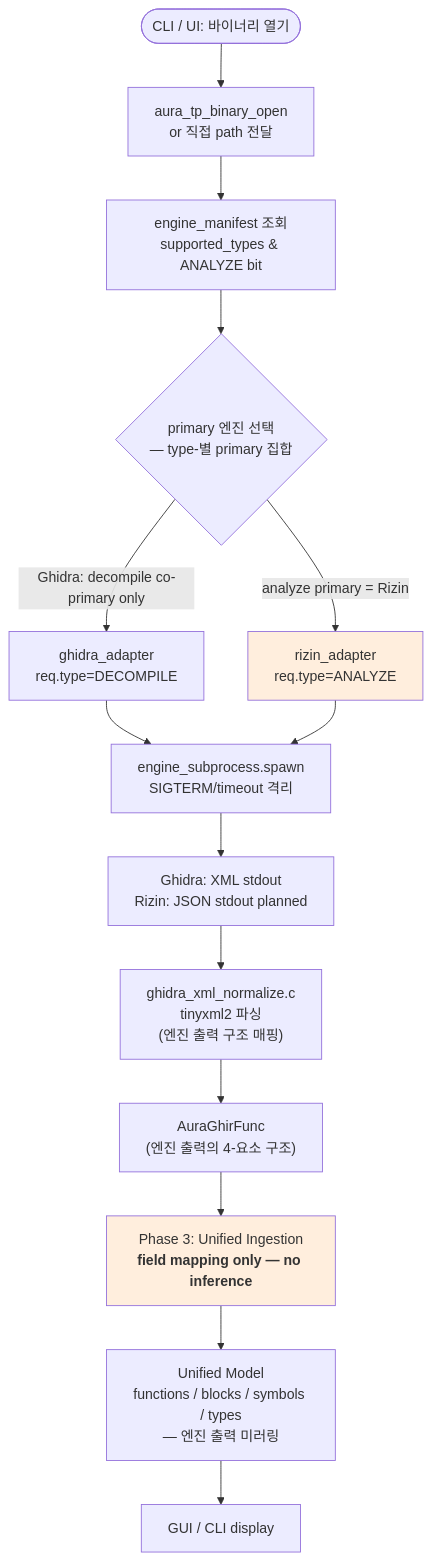
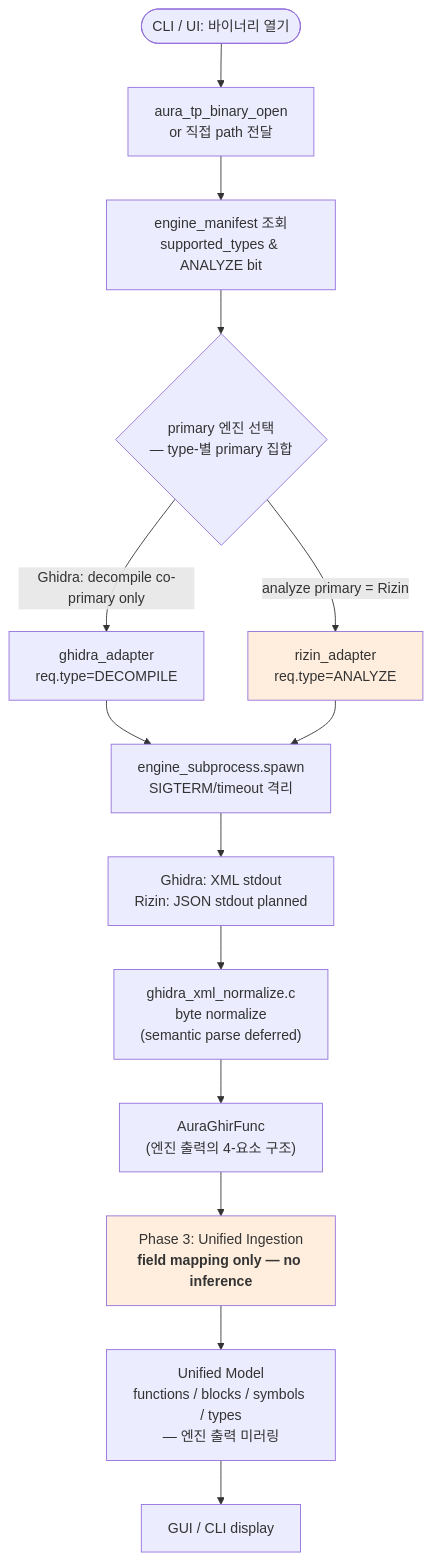
The fourth of 8 diagrams in docs/design/pipeline_flows.md (starwinde/AURA_AI-oriented-Unified-Reverse-Analyzer), drawn with Mermaid before and after one commit. The commit also changed other lines of this file and 3881 other files, not shown here.

````diff
--- a/docs/design/pipeline_flows.md
+++ b/docs/design/pipeline_flows.md
@@ -236,27 +236,27 @@
 ```mermaid
 flowchart TD
     Start([CLI / UI: 바이너리 열기]) --> Bin[aura_tp_binary_open<br/>or 직접 path 전달]
 
     Bin --> Manifest[engine_manifest 조회<br/>supported_types & ANALYZE bit]
 
     Manifest --> Sel{primary 엔진 선택<br/>— type-별 primary 집합}
     Sel -->|analyze primary = Rizin| RzA[rizin_adapter<br/>req.type=ANALYZE]
     Sel -->|Ghidra: decompile co-primary only| GhA[ghidra_adapter<br/>req.type=DECOMPILE]
 
     GhA --> Sub[engine_subprocess.spawn<br/>SIGTERM/timeout 격리]
     RzA --> Sub
 
     Sub --> XmlOut[Ghidra: XML stdout<br/>Rizin: JSON stdout planned]
 
-    XmlOut --> Norm["ghidra_xml_normalize.c<br/>tinyxml2 파싱<br/>(엔진 출력 구조 매핑)"]
+    XmlOut --> Norm["ghidra_xml_normalize.c<br/>byte normalize<br/>(semantic parse deferred)"]
     Norm --> Hir["AuraGhirFunc<br/>(엔진 출력의 4-요소 구조)"]
 
     Hir --> Ingest["Phase 3: Unified Ingestion<br/><b>field mapping only — no inference</b>"]
 
     Ingest --> UM[Unified Model<br/>functions / blocks / symbols / types<br/>— 엔진 출력 미러링]
 
     UM --> Display[GUI / CLI display]
 
     style RzA fill:#fed
     style Ingest fill:#fed
 ```
````
